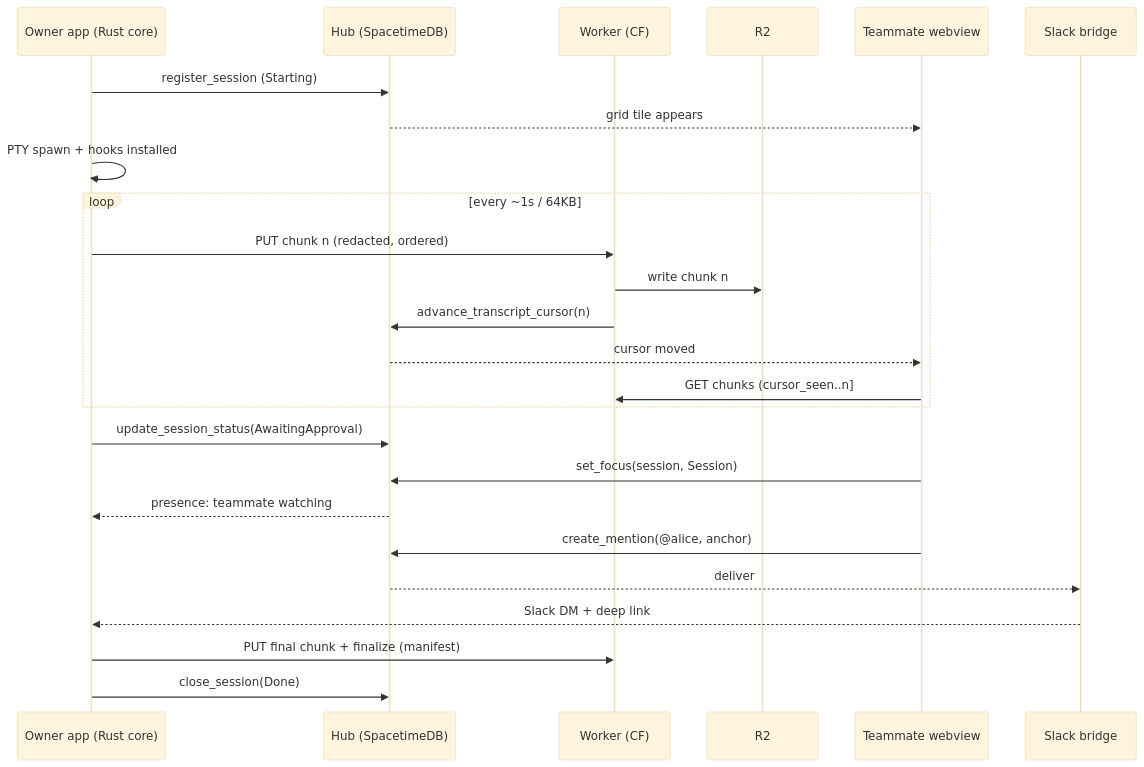
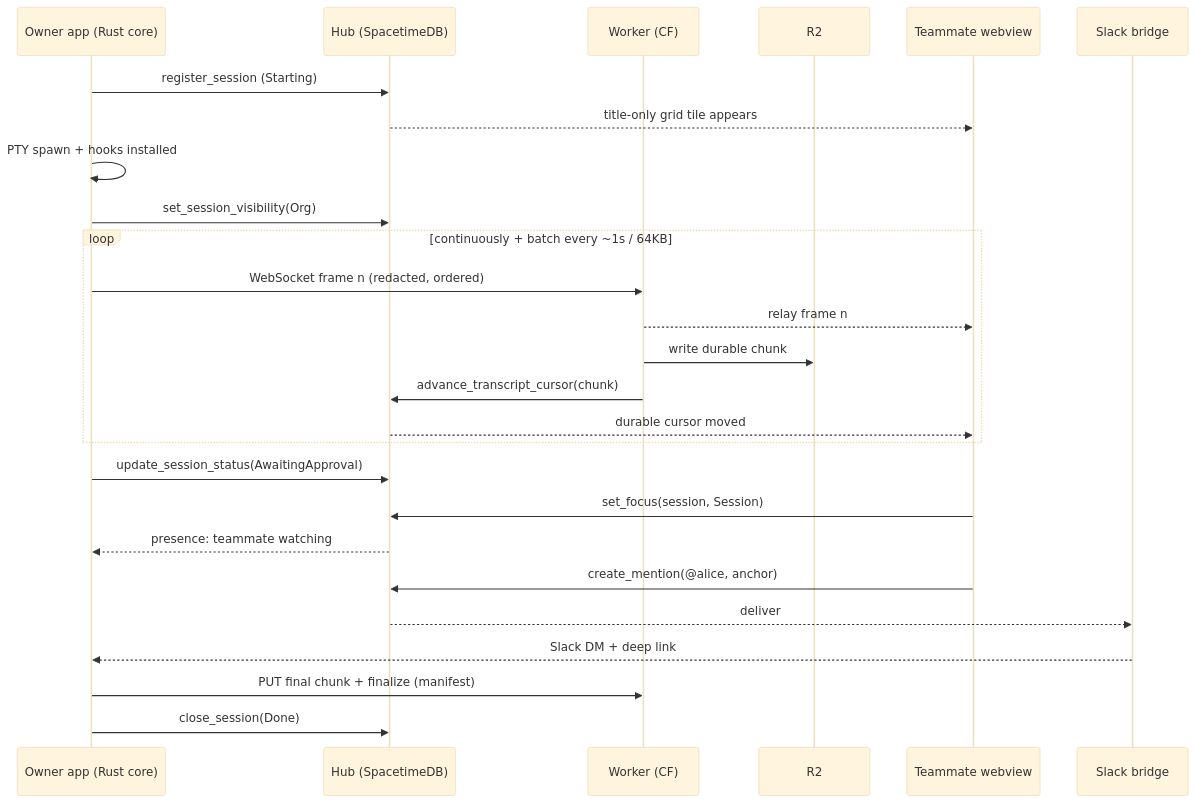
The diagram in docs/plan/multiplayer-hub.md (mrshll/ansible), drawn with Mermaid (base theme) before and after one commit. The commit also changed other lines of this file and 8 other files, not shown here.

````diff
--- a/docs/plan/multiplayer-hub.md
+++ b/docs/plan/multiplayer-hub.md
@@ -213,28 +233,29 @@
 ```mermaid
 sequenceDiagram
     participant A as Owner app (Rust core)
     participant H as Hub (SpacetimeDB)
     participant W as Worker (CF)
     participant R as R2
     participant B as Teammate webview
     participant S as Slack bridge
 
     A->>H: register_session (Starting)
-    H-->>B: grid tile appears
+    H-->>B: title-only grid tile appears
     A->>A: PTY spawn + hooks installed
-    loop every ~1s / 64KB
-        A->>W: PUT chunk n (redacted, ordered)
-        W->>R: write chunk n
-        W->>H: advance_transcript_cursor(n)
-        H-->>B: cursor moved
-        B->>W: GET chunks (cursor_seen..n]
+    A->>H: set_session_visibility(Org)
+    loop continuously + batch every ~1s / 64KB
+        A->>W: WebSocket frame n (redacted, ordered)
+        W-->>B: relay frame n
+        W->>R: write durable chunk
+        W->>H: advance_transcript_cursor(chunk)
+        H-->>B: durable cursor moved
     end
     A->>H: update_session_status(AwaitingApproval)
     B->>H: set_focus(session, Session)
     H-->>A: presence: teammate watching
     B->>H: create_mention(@alice, anchor)
     H-->>S: deliver
     S-->>A: Slack DM + deep link
     A->>W: PUT final chunk + finalize (manifest)
     A->>H: close_session(Done)
 ```
````
